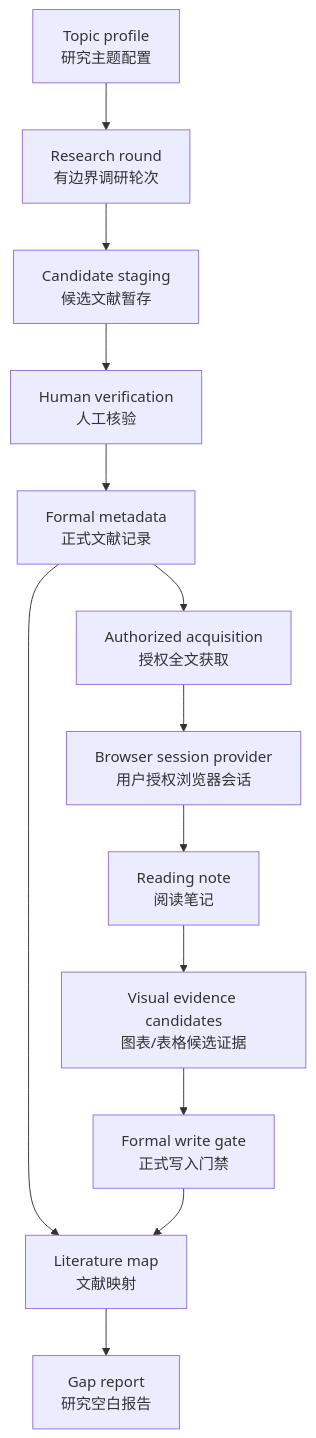
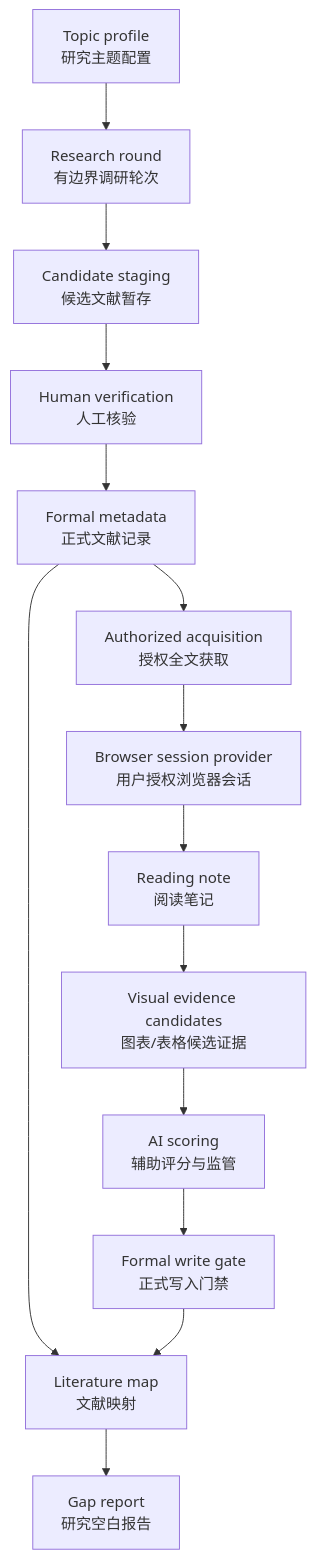
The diagram in README.md (sakur0zxy/RSA), drawn with Mermaid before and after one commit. The commit also changed other lines of this file and 8 other files, not shown here.

````diff
--- a/README.md
+++ b/README.md
@@ -47,15 +48,16 @@
 ```mermaid
 flowchart TD
   A["Topic profile<br/>研究主题配置"] --> B["Research round<br/>有边界调研轮次"]
   B --> C["Candidate staging<br/>候选文献暂存"]
   C --> D["Human verification<br/>人工核验"]
   D --> E["Formal metadata<br/>正式文献记录"]
   E --> F["Authorized acquisition<br/>授权全文获取"]
   F --> F2["Browser session provider<br/>用户授权浏览器会话"]
   F2 --> G["Reading note<br/>阅读笔记"]
   G --> V["Visual evidence candidates<br/>图表/表格候选证据"]
+  V --> S["AI scoring<br/>辅助评分与监管"]
   E --> H["Literature map<br/>文献映射"]
-  V --> I["Formal write gate<br/>正式写入门禁"]
+  S --> I["Formal write gate<br/>正式写入门禁"]
   H --> J["Gap report<br/>研究空白报告"]
   I --> H
 ```
````
